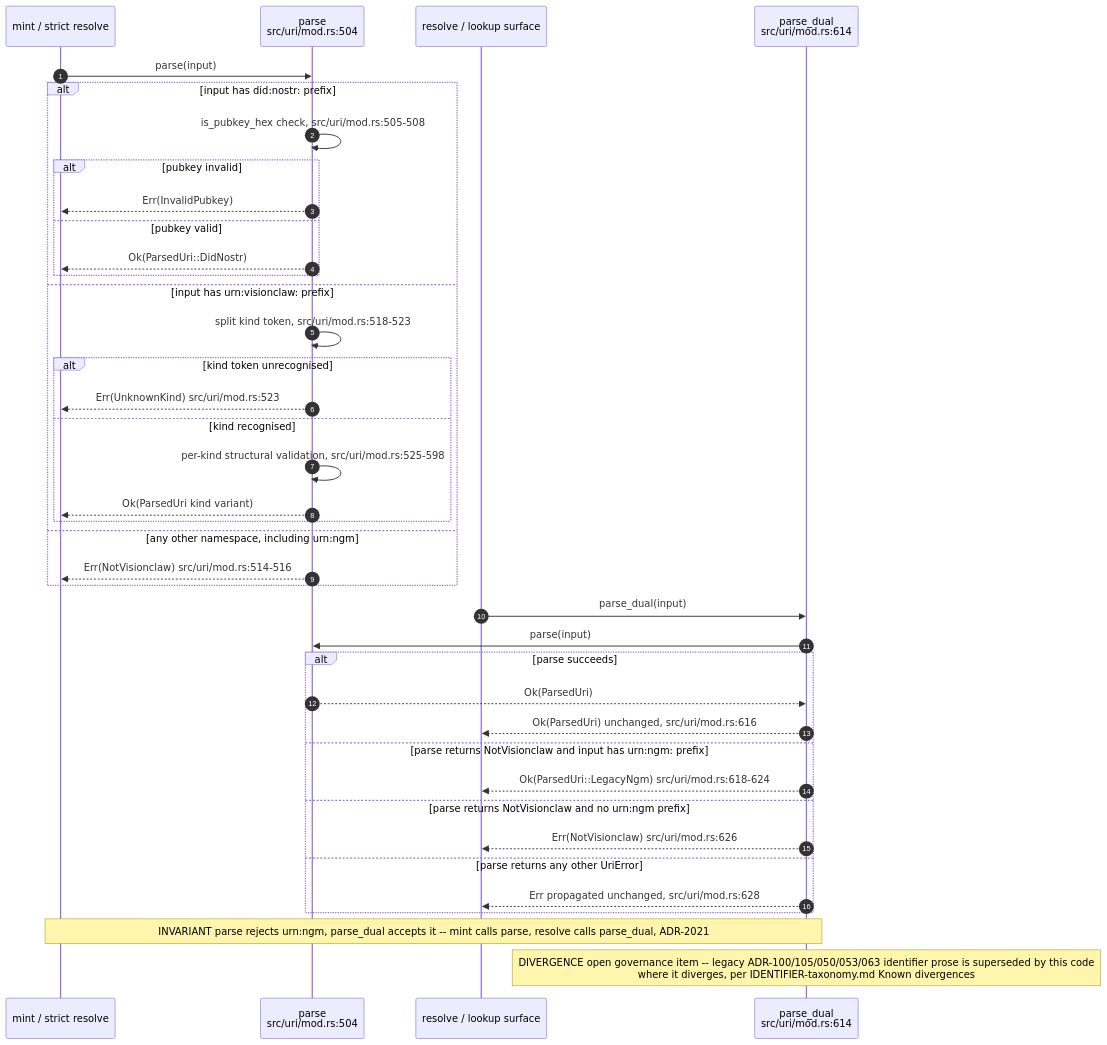
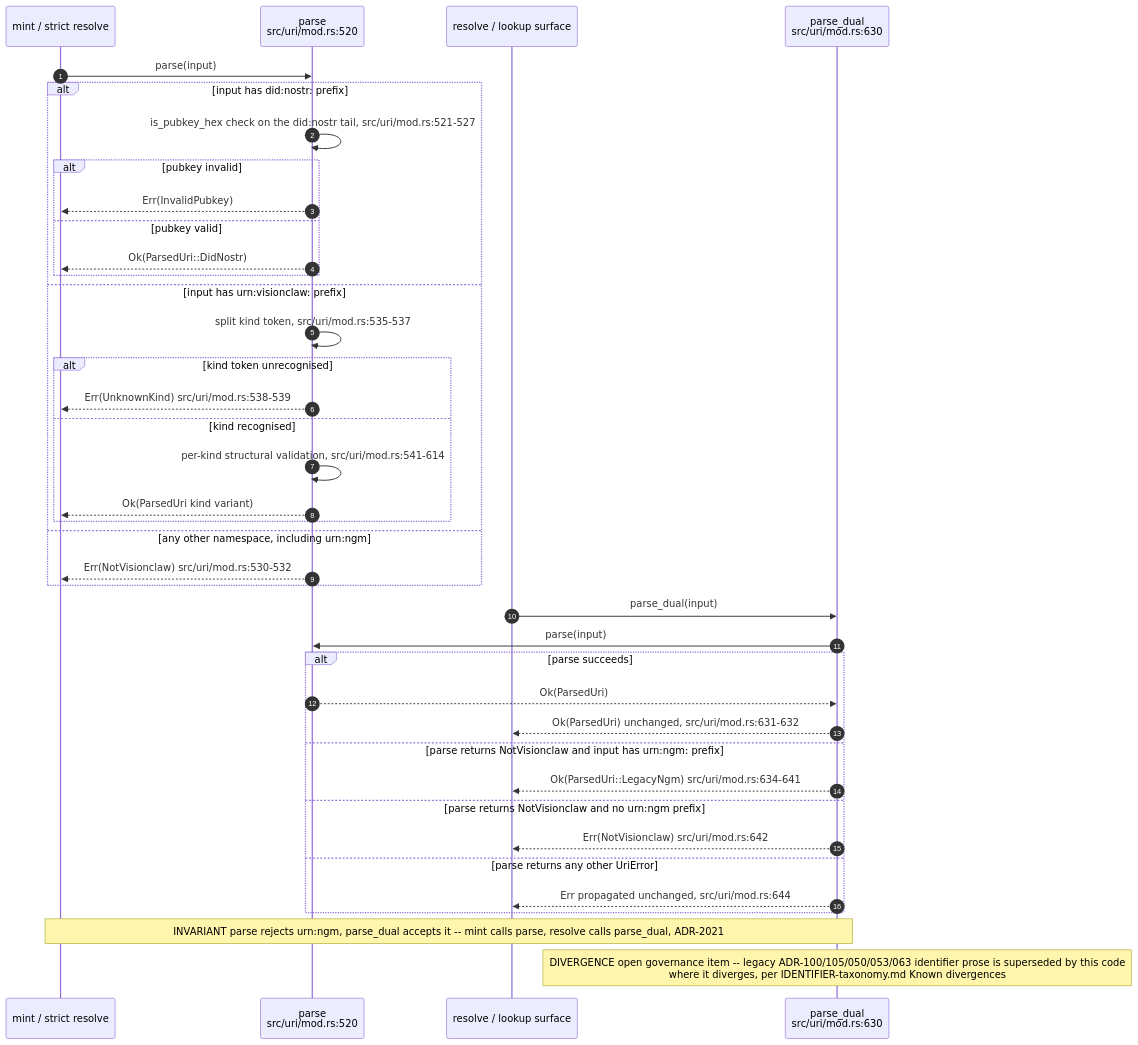
One commit to DreamLab-AI/AR-AI-Knowledge-Graph changed the third of 10 diagrams in docs/diagrams/visionclaw/23-identifiers-urn-did-sha12.md. Above: the diagram before and after it, drawn with Mermaid. The commit also changed other lines of this file and 36 other files, not shown here.

````diff
--- a/docs/diagrams/visionclaw/23-identifiers-urn-did-sha12.md
+++ b/docs/diagrams/visionclaw/23-identifiers-urn-did-sha12.md
@@ -120,41 +120,41 @@
 ```mermaid
 sequenceDiagram
     autonumber
     participant MintOrValidate as mint / strict resolve
-    participant P as parse<br/>src/uri/mod.rs:504
+    participant P as parse<br/>src/uri/mod.rs:520
     participant ResolveSurface as resolve / lookup surface
-    participant PD as parse_dual<br/>src/uri/mod.rs:614
+    participant PD as parse_dual<br/>src/uri/mod.rs:630
     MintOrValidate->>P: parse(input)
     alt input has did:nostr: prefix
-        P->>P: is_pubkey_hex check, src/uri/mod.rs:505-508
+        P->>P: is_pubkey_hex check on the did:nostr tail, src/uri/mod.rs:521-527
         alt pubkey invalid
             P-->>MintOrValidate: Err(InvalidPubkey)
         else pubkey valid
             P-->>MintOrValidate: Ok(ParsedUri::DidNostr)
         end
     else input has urn:visionclaw: prefix
-        P->>P: split kind token, src/uri/mod.rs:518-523
+        P->>P: split kind token, src/uri/mod.rs:535-537
         alt kind token unrecognised
-            P-->>MintOrValidate: Err(UnknownKind) src/uri/mod.rs:523
+            P-->>MintOrValidate: Err(UnknownKind) src/uri/mod.rs:538-539
         else kind recognised
-            P->>P: per-kind structural validation, src/uri/mod.rs:525-598
+            P->>P: per-kind structural validation, src/uri/mod.rs:541-614
             P-->>MintOrValidate: Ok(ParsedUri kind variant)
         end
     else any other namespace, including urn:ngm
-        P-->>MintOrValidate: Err(NotVisionclaw) src/uri/mod.rs:514-516
+        P-->>MintOrValidate: Err(NotVisionclaw) src/uri/mod.rs:530-532
     end
     ResolveSurface->>PD: parse_dual(input)
     PD->>P: parse(input)
     alt parse succeeds
         P-->>PD: Ok(ParsedUri)
-        PD-->>ResolveSurface: Ok(ParsedUri) unchanged, src/uri/mod.rs:616
+        PD-->>ResolveSurface: Ok(ParsedUri) unchanged, src/uri/mod.rs:631-632
     else parse returns NotVisionclaw and input has urn:ngm: prefix
-        PD-->>ResolveSurface: Ok(ParsedUri::LegacyNgm) src/uri/mod.rs:618-624
+        PD-->>ResolveSurface: Ok(ParsedUri::LegacyNgm) src/uri/mod.rs:634-641
     else parse returns NotVisionclaw and no urn:ngm prefix
-        PD-->>ResolveSurface: Err(NotVisionclaw) src/uri/mod.rs:626
+        PD-->>ResolveSurface: Err(NotVisionclaw) src/uri/mod.rs:642
     else parse returns any other UriError
-        PD-->>ResolveSurface: Err propagated unchanged, src/uri/mod.rs:628
+        PD-->>ResolveSurface: Err propagated unchanged, src/uri/mod.rs:644
     end
     Note over MintOrValidate,PD: INVARIANT parse rejects urn:ngm, parse_dual accepts it -- mint calls parse, resolve calls parse_dual, ADR-2021
     Note over PD: DIVERGENCE open governance item -- legacy ADR-100/105/050/053/063 identifier prose is superseded by this code<br/>where it diverges, per IDENTIFIER-taxonomy.md Known divergences
 ```
````
